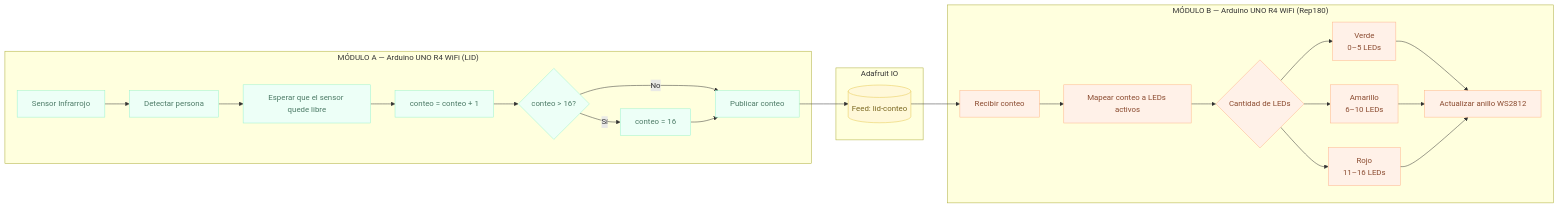
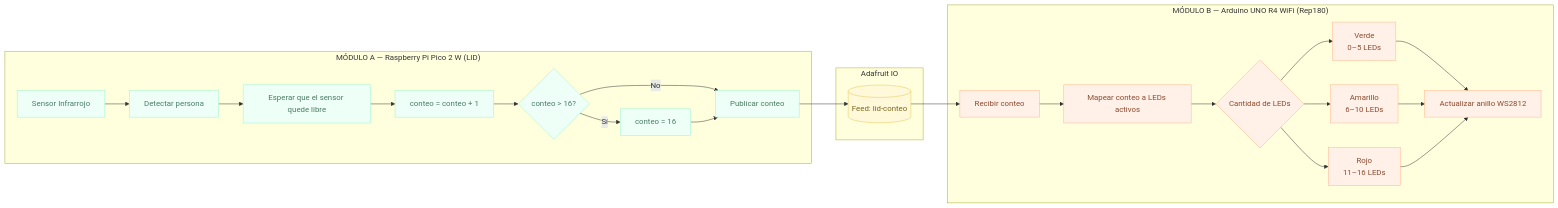
Before and after one commit to disenoUDP/dis9079-2026-1: the diagram in 00-examen/grupo-6/README.md, drawn with Mermaid. The commit also changed other lines of this file, not shown here.

````diff
--- a/00-examen/grupo-6/README.md
+++ b/00-examen/grupo-6/README.md
@@ -28,56 +28,56 @@
 ```mermaid
 flowchart LR
 
-    subgraph A["MÓDULO A — Arduino UNO R4 WiFi (LID)"]
+    subgraph A["MÓDULO A — Raspberry Pi Pico 2 W (LID)"]
         A1[Sensor Infrarrojo]
         A2[Detectar persona]
         A3[Esperar que el sensor quede libre]
         A4[conteo = conteo + 1]
         A5{conteo > 16?}
         A6[conteo = 16]
         A7[Publicar conteo]
         
         A1 --> A2
         A2 --> A3
         A3 --> A4
         A4 --> A5
         A5 -- Sí --> A6
         A5 -- No --> A7
         A6 --> A7
     end
 
     subgraph IO["Adafruit IO"]
         IO1[(Feed: lid-conteo)]
     end
 
     subgraph B["MÓDULO B — Arduino UNO R4 WiFi (Rep180)"]
         B1[Recibir conteo]
         B2[Mapear conteo a LEDs activos]
         B3{Cantidad de LEDs}
         B4[Verde<br/>0–5 LEDs]
         B5[Amarillo<br/>6–10 LEDs]
         B6[Rojo<br/>11–16 LEDs]
         B7[Actualizar anillo WS2812]
         
         B1 --> B2
         B2 --> B3
         B3 --> B4
         B3 --> B5
         B3 --> B6
         B4 --> B7
         B5 --> B7
         B6 --> B7
     end
 
     A7 --> IO1
     IO1 --> B1
 
     classDef Mint stroke-width:1px,stroke-dasharray:none,stroke:#99F2CC,fill:#EDFFF7,color:#4C7A66;
     classDef Sunset stroke-width:1px,stroke:#FFB38A,fill:#FFF1E8,color:#8A4A2F;
     classDef YellowSoft stroke-width:1px, stroke-dasharray:none, stroke:#E6C84C, fill:#FFF8D9, color:#7A6720
 
     class A1,A2,A3,A4,A5,A6,A7 Mint;
     class B1,B2,B3,B4,B5,B6,B7 Sunset;
     class IO1 YellowSoft;
 
 ```
````
